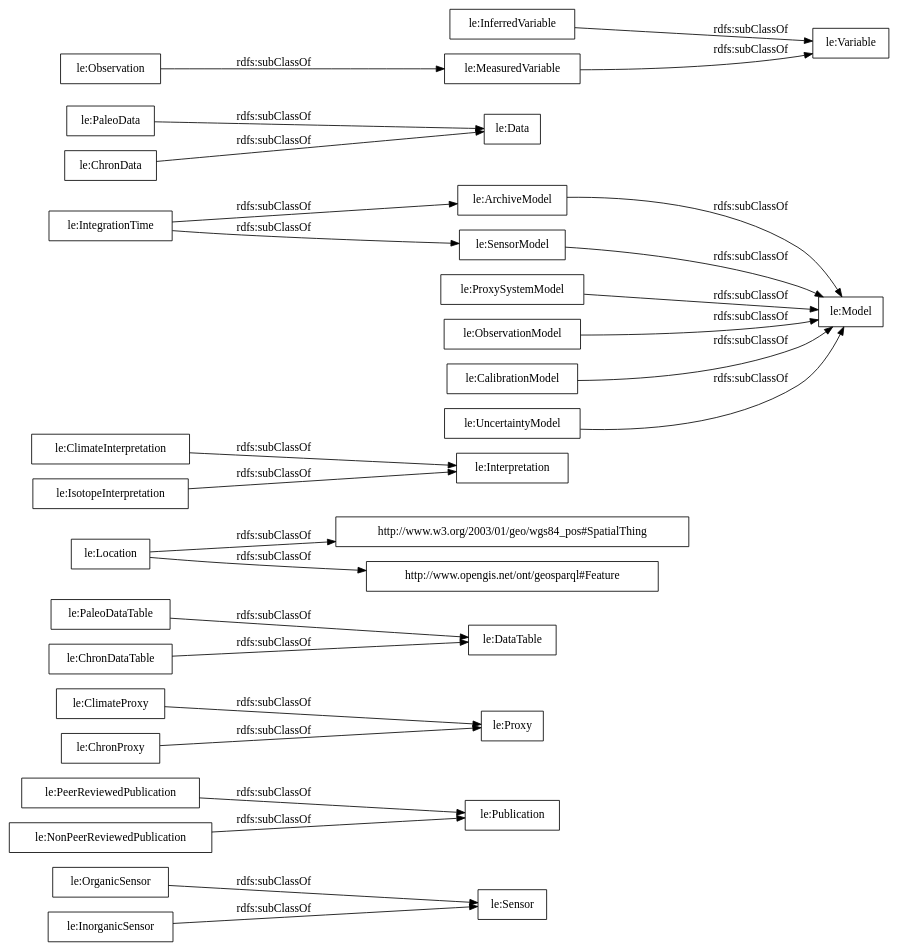
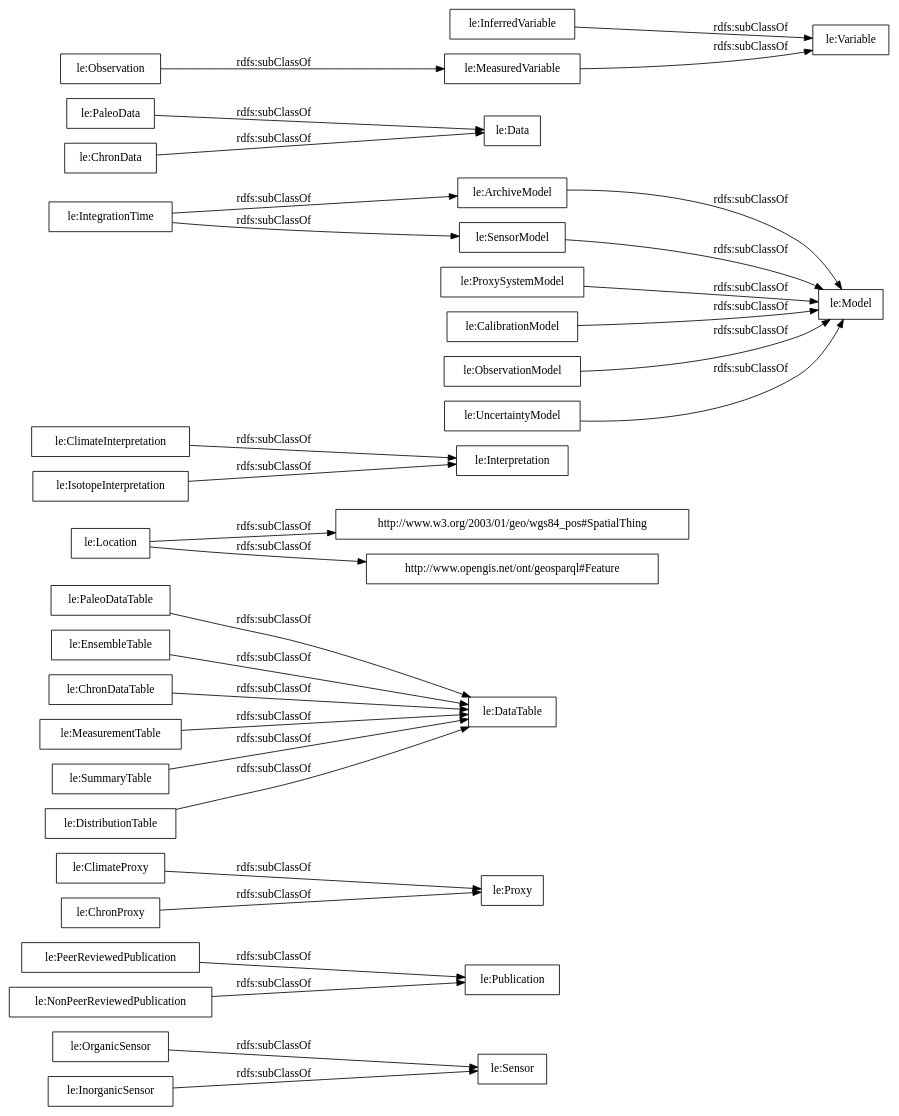
Before and after one commit to dgarijo/Ontology: the diagram in OnToology/ontology1.0.0.owl/diagrams/ar2dtool-taxonomy/ontology1.0.0.owl.png.dot, drawn with Graphviz. The commit also changed 198 other files, not shown here.

```diff
--- a/OnToology/ontology1.0.0.owl/diagrams/ar2dtool-taxonomy/ontology1.0.0.owl.png.dot
+++ b/OnToology/ontology1.0.0.owl/diagrams/ar2dtool-taxonomy/ontology1.0.0.owl.png.dot
@@ -1,31 +1,35 @@
 digraph ar2dtool_diagram { 
 rankdir=LR;
 size="1000"
-node [shape = rectangle, color="black"]; "le:OrganicSensor" "le:Publication" "le:ClimateProxy" "le:PaleoDataTable" "le:Location" "le:ClimateInterpretation" "le:IntegrationTime" "le:ProxySystemModel" "le:InorganicSensor" "le:PaleoData" "le:DataTable" "le:ChronDataTable" "le:IsotopeInterpretation" "le:PeerReviewedPublication" "le:ChronData" "le:MeasuredVariable" "le:ArchiveModel" "http://www.w3.org/2003/01/geo/wgs84_pos#SpatialThing" "le:Interpretation" "le:SensorModel" "le:Data" "le:ChronProxy" "le:Proxy" "le:Variable" "le:Model" "le:ObservationModel" "le:CalibrationModel" "http://www.opengis.net/ont/geosparql#Feature" "le:Sensor" "le:InferredVariable" "le:NonPeerReviewedPublication" "le:UncertaintyModel" "le:Observation" ; /*classes style*/
+node [shape = rectangle, color="black"]; "le:OrganicSensor" "le:Publication" "le:ClimateProxy" "le:PaleoDataTable" "le:EnsembleTable" "le:Location" "le:ClimateInterpretation" "le:IntegrationTime" "le:ProxySystemModel" "le:InorganicSensor" "le:PaleoData" "le:DataTable" "le:ChronDataTable" "le:IsotopeInterpretation" "le:PeerReviewedPublication" "le:ChronData" "le:MeasuredVariable" "le:ArchiveModel" "http://www.w3.org/2003/01/geo/wgs84_pos#SpatialThing" "le:Interpretation" "le:MeasurementTable" "le:SensorModel" "le:SummaryTable" "le:Data" "le:ChronProxy" "le:Proxy" "le:DistributionTable" "le:Variable" "le:Model" "le:CalibrationModel" "le:ObservationModel" "http://www.opengis.net/ont/geosparql#Feature" "le:Sensor" "le:InferredVariable" "le:NonPeerReviewedPublication" "le:UncertaintyModel" "le:Observation" ; /*classes style*/
 	"le:InferredVariable" -> "le:Variable" [ label = "rdfs:subClassOf" ];
 	"le:CalibrationModel" -> "le:Model" [ label = "rdfs:subClassOf" ];
 	"le:SensorModel" -> "le:Model" [ label = "rdfs:subClassOf" ];
 	"le:NonPeerReviewedPublication" -> "le:Publication" [ label = "rdfs:subClassOf" ];
 	"le:ProxySystemModel" -> "le:Model" [ label = "rdfs:subClassOf" ];
 	"le:IsotopeInterpretation" -> "le:Interpretation" [ label = "rdfs:subClassOf" ];
 	"le:Location" -> "http://www.w3.org/2003/01/geo/wgs84_pos#SpatialThing" [ label = "rdfs:subClassOf" ];
 	"le:Location" -> "http://www.opengis.net/ont/geosparql#Feature" [ label = "rdfs:subClassOf" ];
 	"le:ArchiveModel" -> "le:Model" [ label = "rdfs:subClassOf" ];
 	"le:PeerReviewedPublication" -> "le:Publication" [ label = "rdfs:subClassOf" ];
 	"le:Observation" -> "le:MeasuredVariable" [ label = "rdfs:subClassOf" ];
 	"le:MeasuredVariable" -> "le:Variable" [ label = "rdfs:subClassOf" ];
+	"le:EnsembleTable" -> "le:DataTable" [ label = "rdfs:subClassOf" ];
 	"le:PaleoDataTable" -> "le:DataTable" [ label = "rdfs:subClassOf" ];
 	"le:ChronData" -> "le:Data" [ label = "rdfs:subClassOf" ];
+	"le:MeasurementTable" -> "le:DataTable" [ label = "rdfs:subClassOf" ];
 	"le:ClimateProxy" -> "le:Proxy" [ label = "rdfs:subClassOf" ];
 	"le:ObservationModel" -> "le:Model" [ label = "rdfs:subClassOf" ];
 	"le:OrganicSensor" -> "le:Sensor" [ label = "rdfs:subClassOf" ];
+	"le:ChronProxy" -> "le:Proxy" [ label = "rdfs:subClassOf" ];
 	"le:UncertaintyModel" -> "le:Model" [ label = "rdfs:subClassOf" ];
-	"le:ChronProxy" -> "le:Proxy" [ label = "rdfs:subClassOf" ];
 	"le:InorganicSensor" -> "le:Sensor" [ label = "rdfs:subClassOf" ];
+	"le:DistributionTable" -> "le:DataTable" [ label = "rdfs:subClassOf" ];
 	"le:IntegrationTime" -> "le:SensorModel" [ label = "rdfs:subClassOf" ];
 	"le:IntegrationTime" -> "le:ArchiveModel" [ label = "rdfs:subClassOf" ];
+	"le:SummaryTable" -> "le:DataTable" [ label = "rdfs:subClassOf" ];
 	"le:ChronDataTable" -> "le:DataTable" [ label = "rdfs:subClassOf" ];
 	"le:ClimateInterpretation" -> "le:Interpretation" [ label = "rdfs:subClassOf" ];
 	"le:PaleoData" -> "le:Data" [ label = "rdfs:subClassOf" ];
 
 }
```
